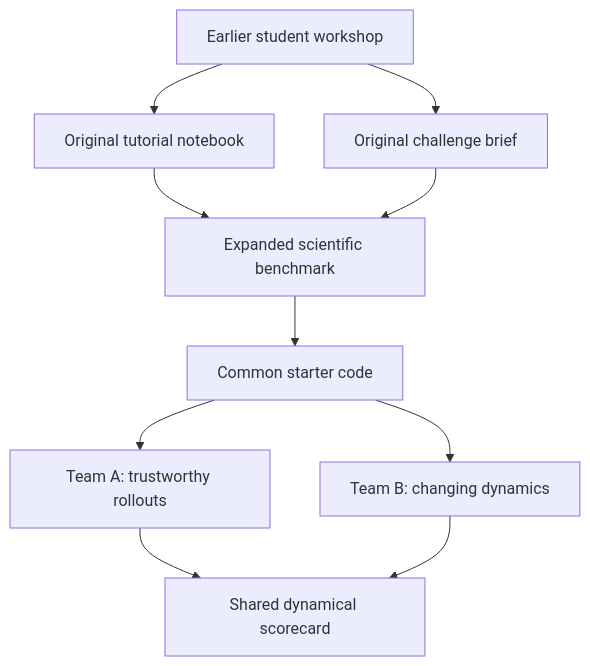
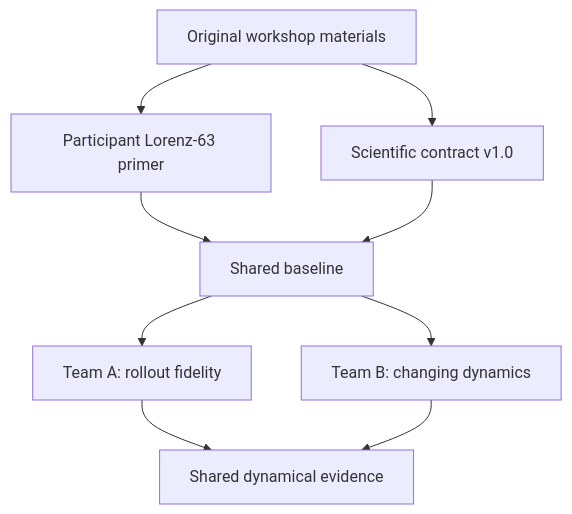
One commit to DC95/mlesm-lorenz-dynamics-hackathon changed the diagram in README.md. Above: the diagram before and after it, drawn with Mermaid. The commit also changed other lines of this file, not shown here.

Commit message:
Update repository overview for finalized challenge scope

````diff
--- a/README.md
+++ b/README.md
@@ -11,12 +17,11 @@
 ```mermaid
 flowchart TD
-    A["Earlier student workshop"] --> B["Original tutorial notebook"]
-    A --> C["Original challenge brief"]
-    B --> D["Expanded scientific benchmark"]
-    C --> D
-    D --> E["Common starter code"]
-    E --> F["Team A: trustworthy rollouts"]
-    E --> G["Team B: changing dynamics"]
-    F --> H["Shared dynamical scorecard"]
-    G --> H
+    S["Original workshop materials"] --> P["Participant Lorenz-63 primer"]
+    S --> C["Scientific contract v1.0"]
+    P --> B["Shared baseline"]
+    C --> B
+    B --> A["Team A: rollout fidelity"]
+    B --> D["Team B: changing dynamics"]
+    A --> E["Shared dynamical evidence"]
+    D --> E
 ```
````
